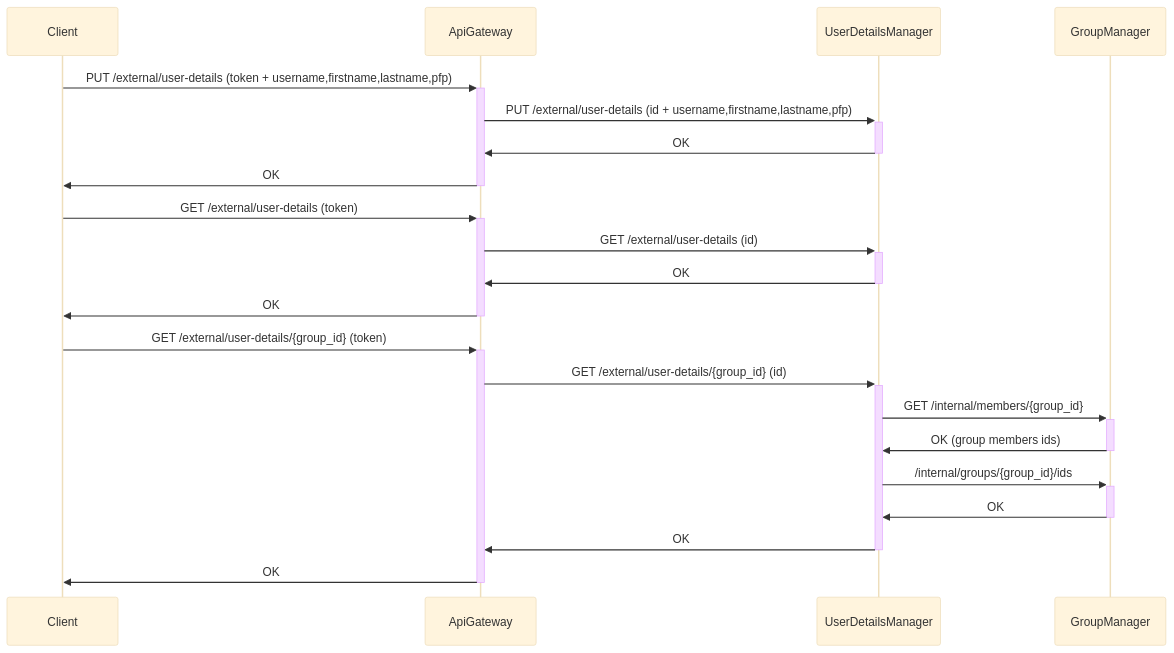
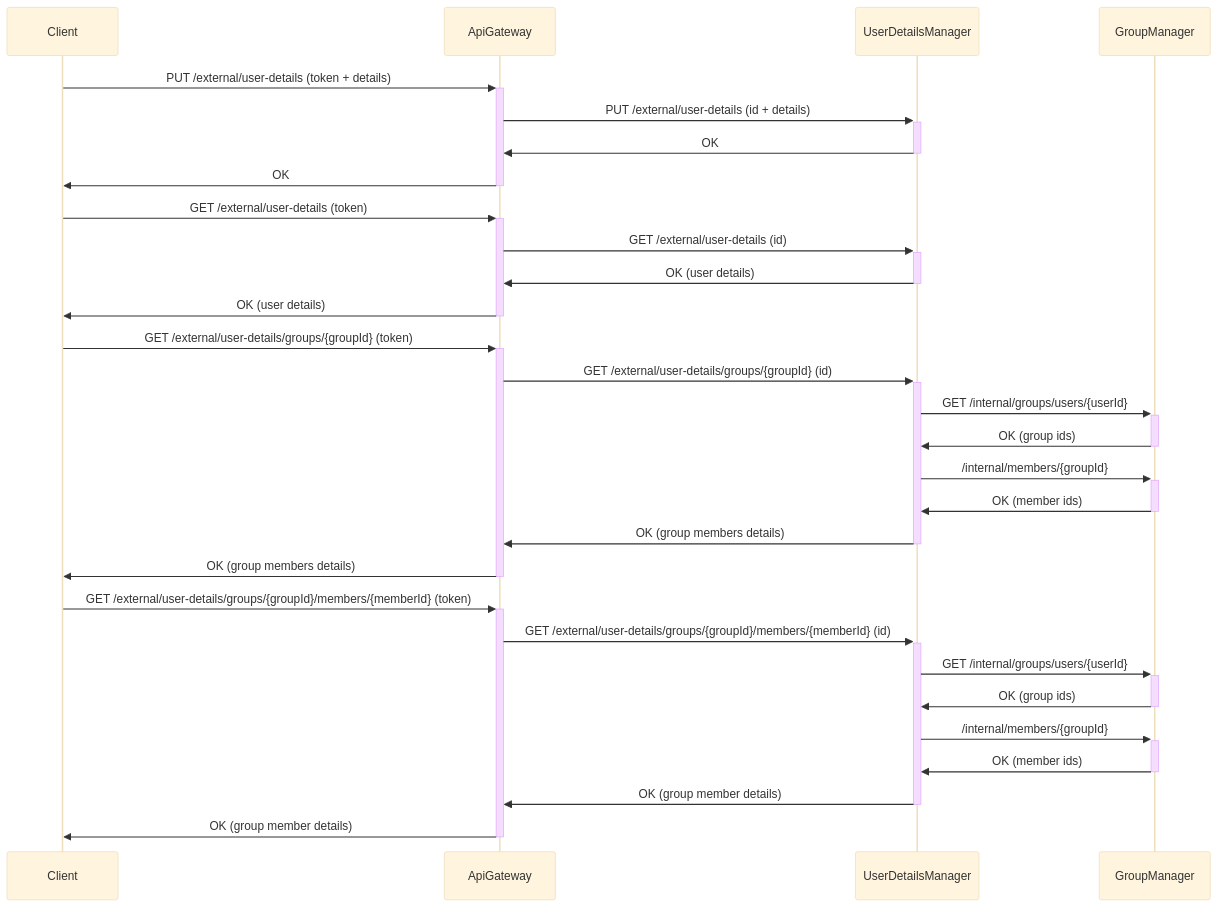
The fourth of 11 diagrams in docs/diagrams.md (Group-Expense-Manager/gem-docs), drawn with Mermaid (base theme) before and after one commit. The commit also changed other lines of this file and 1 other file, not shown here.

Commit message:
updated flow diagrams & database classes

````diff
--- a/docs/diagrams.md
+++ b/docs/diagrams.md
@@ -153,22 +162,31 @@
-``` mermaid
+```mermaid
 sequenceDiagram
 
-Client->>+ApiGateway: PUT /external/user-details (token + username,firstname,lastname,pfp)
-ApiGateway->>+UserDetailsManager: PUT /external/user-details (id + username,firstname,lastname,pfp)
-UserDetailsManager->>-ApiGateway: OK
+Client->>+ApiGateway: PUT /external/user-details (token + details)
+ApiGateway->>+UserDetailsManager: PUT /external/user-details (id + details)
+UserDetailsManager->>-ApiGateway: OK 
 ApiGateway->>-Client: OK
 
 Client->>+ApiGateway: GET /external/user-details (token)
 ApiGateway->>+UserDetailsManager: GET /external/user-details (id)
-UserDetailsManager->>-ApiGateway: OK
-ApiGateway->>-Client: OK
+UserDetailsManager->>-ApiGateway: OK (user details)
+ApiGateway->>-Client: OK (user details)
 
-Client->>+ApiGateway: GET /external/user-details/{group_id} (token)
-ApiGateway->>+UserDetailsManager: GET /external/user-details/{group_id} (id)
-UserDetailsManager->>+ GroupManager: GET /internal/members/{group_id}
-GroupManager->>- UserDetailsManager: OK (group members ids)
-UserDetailsManager->>+ GroupManager: /internal/groups/{group_id}/ids
-GroupManager->>- UserDetailsManager: OK
-UserDetailsManager->>-ApiGateway: OK
-ApiGateway->>-Client: OK
+Client->>+ApiGateway: GET /external/user-details/groups/{groupId} (token)
+ApiGateway->>+UserDetailsManager: GET /external/user-details/groups/{groupId} (id)
+UserDetailsManager->>+ GroupManager: GET /internal/groups/users/{userId}
+GroupManager->>- UserDetailsManager: OK (group ids)
+UserDetailsManager->>+ GroupManager: /internal/members/{groupId}
+GroupManager->>- UserDetailsManager: OK (member ids)
+UserDetailsManager->>-ApiGateway: OK (group members details)
+ApiGateway->>-Client: OK (group members details)
+
+Client->>+ApiGateway: GET /external/user-details/groups/{groupId}/members/{memberId} (token)
+ApiGateway->>+UserDetailsManager: GET /external/user-details/groups/{groupId}/members/{memberId} (id)
+UserDetailsManager->>+ GroupManager: GET /internal/groups/users/{userId}
+GroupManager->>- UserDetailsManager: OK (group ids)
+UserDetailsManager->>+ GroupManager: /internal/members/{groupId}
+GroupManager->>- UserDetailsManager: OK (member ids)
+UserDetailsManager->>-ApiGateway: OK (group member details)
+ApiGateway->>-Client: OK (group member details)
 ```
````
